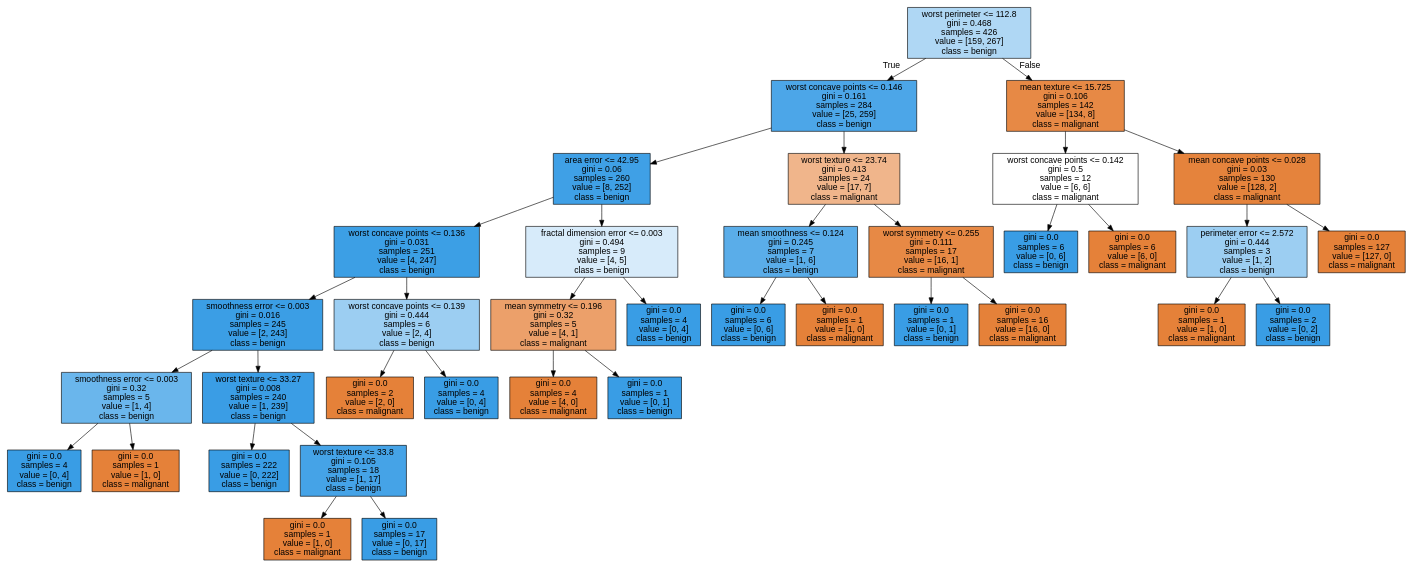
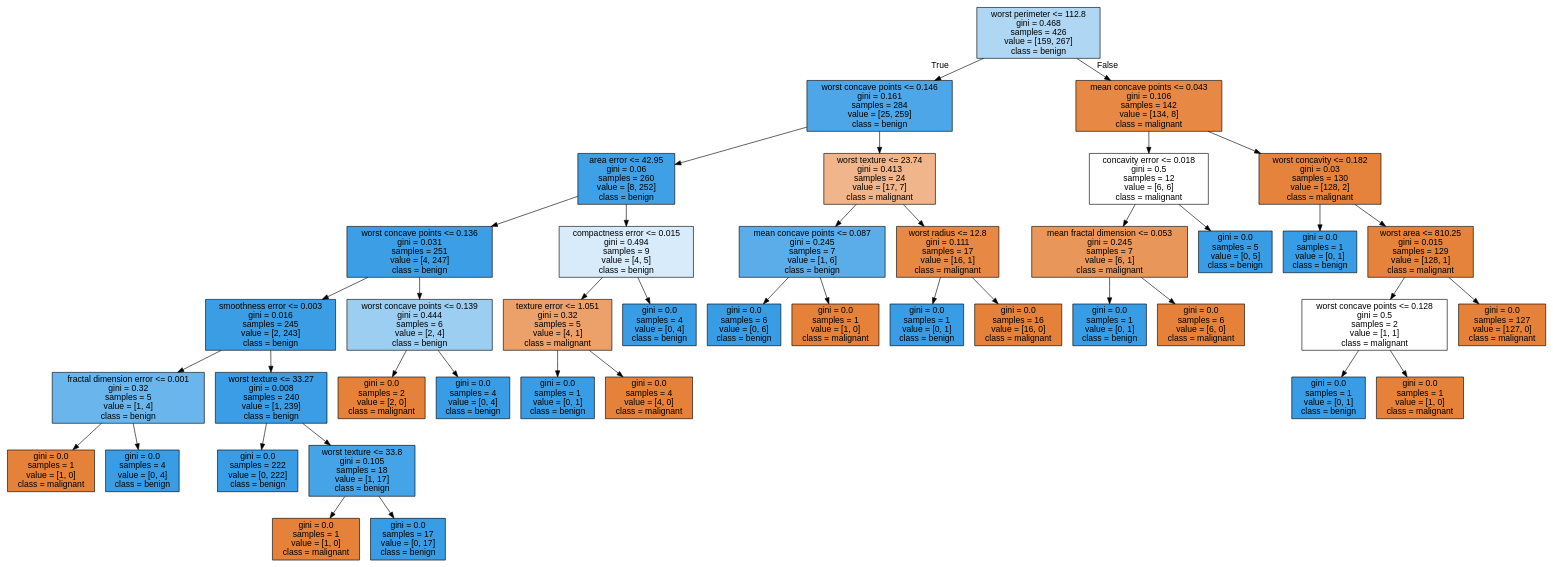
One commit to Mook98/WORKSPACE changed the diagram in ml-basic/models/breast-cancer-model.dot. Above: the diagram before and after it, drawn with Graphviz. The commit also changed 12 other files, not shown here.

```diff
--- a/ml-basic/models/breast-cancer-model.dot
+++ b/ml-basic/models/breast-cancer-model.dot
@@ -1,77 +1,85 @@
 digraph Tree {
 node [shape=box, style="filled", color="black", fontname="helvetica"] ;
 edge [fontname="helvetica"] ;
 0 [label="worst perimeter <= 112.8\ngini = 0.468\nsamples = 426\nvalue = [159, 267]\nclass = benign", fillcolor="#afd7f4"] ;
 1 [label="worst concave points <= 0.146\ngini = 0.161\nsamples = 284\nvalue = [25, 259]\nclass = benign", fillcolor="#4ca6e8"] ;
 0 -> 1 [labeldistance=2.5, labelangle=45, headlabel="True"] ;
 2 [label="area error <= 42.95\ngini = 0.06\nsamples = 260\nvalue = [8, 252]\nclass = benign", fillcolor="#3fa0e6"] ;
 1 -> 2 ;
 3 [label="worst concave points <= 0.136\ngini = 0.031\nsamples = 251\nvalue = [4, 247]\nclass = benign", fillcolor="#3c9fe5"] ;
 2 -> 3 ;
 4 [label="smoothness error <= 0.003\ngini = 0.016\nsamples = 245\nvalue = [2, 243]\nclass = benign", fillcolor="#3b9ee5"] ;
 3 -> 4 ;
-5 [label="smoothness error <= 0.003\ngini = 0.32\nsamples = 5\nvalue = [1, 4]\nclass = benign", fillcolor="#6ab6ec"] ;
+5 [label="fractal dimension error <= 0.001\ngini = 0.32\nsamples = 5\nvalue = [1, 4]\nclass = benign", fillcolor="#6ab6ec"] ;
 4 -> 5 ;
-6 [label="gini = 0.0\nsamples = 4\nvalue = [0, 4]\nclass = benign", fillcolor="#399de5"] ;
+6 [label="gini = 0.0\nsamples = 1\nvalue = [1, 0]\nclass = malignant", fillcolor="#e58139"] ;
 5 -> 6 ;
-7 [label="gini = 0.0\nsamples = 1\nvalue = [1, 0]\nclass = malignant", fillcolor="#e58139"] ;
+7 [label="gini = 0.0\nsamples = 4\nvalue = [0, 4]\nclass = benign", fillcolor="#399de5"] ;
 5 -> 7 ;
 8 [label="worst texture <= 33.27\ngini = 0.008\nsamples = 240\nvalue = [1, 239]\nclass = benign", fillcolor="#3a9de5"] ;
 4 -> 8 ;
 9 [label="gini = 0.0\nsamples = 222\nvalue = [0, 222]\nclass = benign", fillcolor="#399de5"] ;
 8 -> 9 ;
 10 [label="worst texture <= 33.8\ngini = 0.105\nsamples = 18\nvalue = [1, 17]\nclass = benign", fillcolor="#45a3e7"] ;
 8 -> 10 ;
 11 [label="gini = 0.0\nsamples = 1\nvalue = [1, 0]\nclass = malignant", fillcolor="#e58139"] ;
 10 -> 11 ;
 12 [label="gini = 0.0\nsamples = 17\nvalue = [0, 17]\nclass = benign", fillcolor="#399de5"] ;
 10 -> 12 ;
 13 [label="worst concave points <= 0.139\ngini = 0.444\nsamples = 6\nvalue = [2, 4]\nclass = benign", fillcolor="#9ccef2"] ;
 3 -> 13 ;
 14 [label="gini = 0.0\nsamples = 2\nvalue = [2, 0]\nclass = malignant", fillcolor="#e58139"] ;
 13 -> 14 ;
 15 [label="gini = 0.0\nsamples = 4\nvalue = [0, 4]\nclass = benign", fillcolor="#399de5"] ;
 13 -> 15 ;
-16 [label="fractal dimension error <= 0.003\ngini = 0.494\nsamples = 9\nvalue = [4, 5]\nclass = benign", fillcolor="#d7ebfa"] ;
+16 [label="compactness error <= 0.015\ngini = 0.494\nsamples = 9\nvalue = [4, 5]\nclass = benign", fillcolor="#d7ebfa"] ;
 2 -> 16 ;
-17 [label="mean symmetry <= 0.196\ngini = 0.32\nsamples = 5\nvalue = [4, 1]\nclass = malignant", fillcolor="#eca06a"] ;
+17 [label="texture error <= 1.051\ngini = 0.32\nsamples = 5\nvalue = [4, 1]\nclass = malignant", fillcolor="#eca06a"] ;
 16 -> 17 ;
-18 [label="gini = 0.0\nsamples = 4\nvalue = [4, 0]\nclass = malignant", fillcolor="#e58139"] ;
+18 [label="gini = 0.0\nsamples = 1\nvalue = [0, 1]\nclass = benign", fillcolor="#399de5"] ;
 17 -> 18 ;
-19 [label="gini = 0.0\nsamples = 1\nvalue = [0, 1]\nclass = benign", fillcolor="#399de5"] ;
+19 [label="gini = 0.0\nsamples = 4\nvalue = [4, 0]\nclass = malignant", fillcolor="#e58139"] ;
 17 -> 19 ;
 20 [label="gini = 0.0\nsamples = 4\nvalue = [0, 4]\nclass = benign", fillcolor="#399de5"] ;
 16 -> 20 ;
 21 [label="worst texture <= 23.74\ngini = 0.413\nsamples = 24\nvalue = [17, 7]\nclass = malignant", fillcolor="#f0b58b"] ;
 1 -> 21 ;
-22 [label="mean smoothness <= 0.124\ngini = 0.245\nsamples = 7\nvalue = [1, 6]\nclass = benign", fillcolor="#5aade9"] ;
+22 [label="mean concave points <= 0.087\ngini = 0.245\nsamples = 7\nvalue = [1, 6]\nclass = benign", fillcolor="#5aade9"] ;
 21 -> 22 ;
 23 [label="gini = 0.0\nsamples = 6\nvalue = [0, 6]\nclass = benign", fillcolor="#399de5"] ;
 22 -> 23 ;
 24 [label="gini = 0.0\nsamples = 1\nvalue = [1, 0]\nclass = malignant", fillcolor="#e58139"] ;
 22 -> 24 ;
-25 [label="worst symmetry <= 0.255\ngini = 0.111\nsamples = 17\nvalue = [16, 1]\nclass = malignant", fillcolor="#e78945"] ;
+25 [label="worst radius <= 12.8\ngini = 0.111\nsamples = 17\nvalue = [16, 1]\nclass = malignant", fillcolor="#e78945"] ;
 21 -> 25 ;
 26 [label="gini = 0.0\nsamples = 1\nvalue = [0, 1]\nclass = benign", fillcolor="#399de5"] ;
 25 -> 26 ;
 27 [label="gini = 0.0\nsamples = 16\nvalue = [16, 0]\nclass = malignant", fillcolor="#e58139"] ;
 25 -> 27 ;
-28 [label="mean texture <= 15.725\ngini = 0.106\nsamples = 142\nvalue = [134, 8]\nclass = malignant", fillcolor="#e78945"] ;
+28 [label="mean concave points <= 0.043\ngini = 0.106\nsamples = 142\nvalue = [134, 8]\nclass = malignant", fillcolor="#e78945"] ;
 0 -> 28 [labeldistance=2.5, labelangle=-45, headlabel="False"] ;
-29 [label="worst concave points <= 0.142\ngini = 0.5\nsamples = 12\nvalue = [6, 6]\nclass = malignant", fillcolor="#ffffff"] ;
+29 [label="concavity error <= 0.018\ngini = 0.5\nsamples = 12\nvalue = [6, 6]\nclass = malignant", fillcolor="#ffffff"] ;
 28 -> 29 ;
-30 [label="gini = 0.0\nsamples = 6\nvalue = [0, 6]\nclass = benign", fillcolor="#399de5"] ;
+30 [label="mean fractal dimension <= 0.053\ngini = 0.245\nsamples = 7\nvalue = [6, 1]\nclass = malignant", fillcolor="#e9965a"] ;
 29 -> 30 ;
-31 [label="gini = 0.0\nsamples = 6\nvalue = [6, 0]\nclass = malignant", fillcolor="#e58139"] ;
-29 -> 31 ;
-32 [label="mean concave points <= 0.028\ngini = 0.03\nsamples = 130\nvalue = [128, 2]\nclass = malignant", fillcolor="#e5833c"] ;
-28 -> 32 ;
-33 [label="perimeter error <= 2.572\ngini = 0.444\nsamples = 3\nvalue = [1, 2]\nclass = benign", fillcolor="#9ccef2"] ;
-32 -> 33 ;
-34 [label="gini = 0.0\nsamples = 1\nvalue = [1, 0]\nclass = malignant", fillcolor="#e58139"] ;
-33 -> 34 ;
-35 [label="gini = 0.0\nsamples = 2\nvalue = [0, 2]\nclass = benign", fillcolor="#399de5"] ;
-33 -> 35 ;
-36 [label="gini = 0.0\nsamples = 127\nvalue = [127, 0]\nclass = malignant", fillcolor="#e58139"] ;
-32 -> 36 ;
+31 [label="gini = 0.0\nsamples = 1\nvalue = [0, 1]\nclass = benign", fillcolor="#399de5"] ;
+30 -> 31 ;
+32 [label="gini = 0.0\nsamples = 6\nvalue = [6, 0]\nclass = malignant", fillcolor="#e58139"] ;
+30 -> 32 ;
+33 [label="gini = 0.0\nsamples = 5\nvalue = [0, 5]\nclass = benign", fillcolor="#399de5"] ;
+29 -> 33 ;
+34 [label="worst concavity <= 0.182\ngini = 0.03\nsamples = 130\nvalue = [128, 2]\nclass = malignant", fillcolor="#e5833c"] ;
+28 -> 34 ;
+35 [label="gini = 0.0\nsamples = 1\nvalue = [0, 1]\nclass = benign", fillcolor="#399de5"] ;
+34 -> 35 ;
+36 [label="worst area <= 810.25\ngini = 0.015\nsamples = 129\nvalue = [128, 1]\nclass = malignant", fillcolor="#e5823b"] ;
+34 -> 36 ;
+37 [label="worst concave points <= 0.128\ngini = 0.5\nsamples = 2\nvalue = [1, 1]\nclass = malignant", fillcolor="#ffffff"] ;
+36 -> 37 ;
+38 [label="gini = 0.0\nsamples = 1\nvalue = [0, 1]\nclass = benign", fillcolor="#399de5"] ;
+37 -> 38 ;
+39 [label="gini = 0.0\nsamples = 1\nvalue = [1, 0]\nclass = malignant", fillcolor="#e58139"] ;
+37 -> 39 ;
+40 [label="gini = 0.0\nsamples = 127\nvalue = [127, 0]\nclass = malignant", fillcolor="#e58139"] ;
+36 -> 40 ;
 }
```
